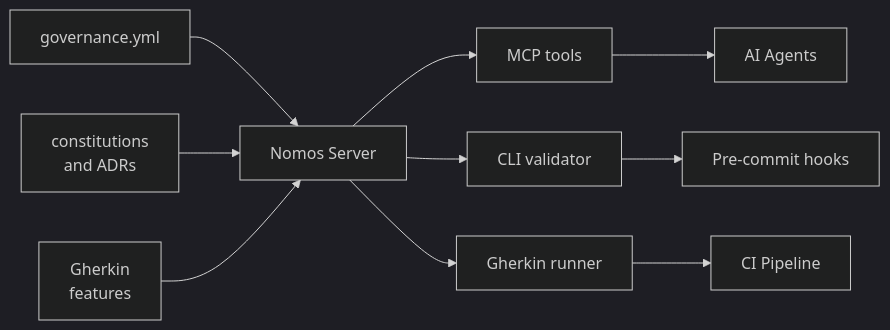
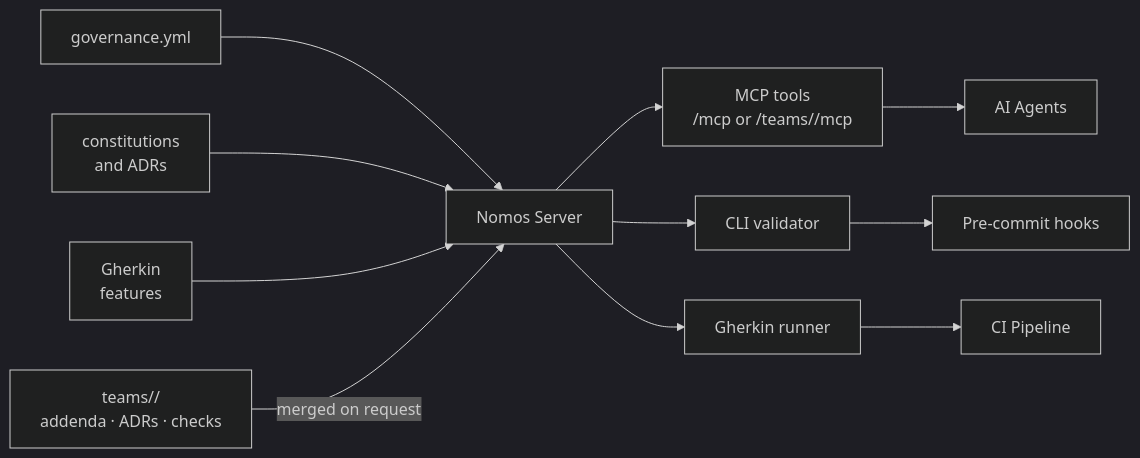
The first of 2 diagrams in implementations/nomos.md (constitutional-governance/constitutional-governance), drawn with Mermaid (dark theme) before and after one commit. The commit also changed other lines of this file and 1 other file, not shown here.

Commit message:
update Mermaid diagrams for team-scoped governance and team endpoints

````diff
--- a/implementations/nomos.md
+++ b/implementations/nomos.md
@@ -71,28 +71,30 @@
 ```mermaid
 flowchart LR
     GY["governance.yml"]
     MD["constitutions\nand ADRs"]
     GK["Gherkin\nfeatures"]
+    TM["teams/<name>/\naddenda · ADRs · checks"]
 
     NS["Nomos Server"]
 
-    MCP["MCP tools"]
+    MCP["MCP tools\n/mcp or /teams/<name>/mcp"]
     CLI["CLI validator"]
     BDD["Gherkin runner"]
 
     AG["AI Agents"]
     PC["Pre-commit hooks"]
     CICD["CI Pipeline"]
 
     GY --> NS
     MD --> NS
     GK --> NS
+    TM -->|"merged on request"| NS
 
     NS --> MCP
     NS --> CLI
     NS --> BDD
 
     MCP --> AG
     CLI --> PC
     BDD --> CICD
 ```
````
